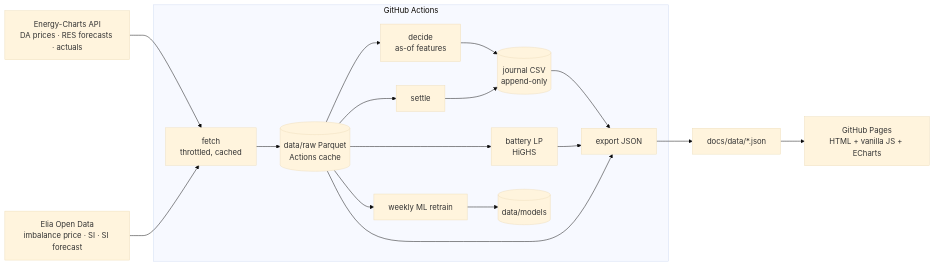
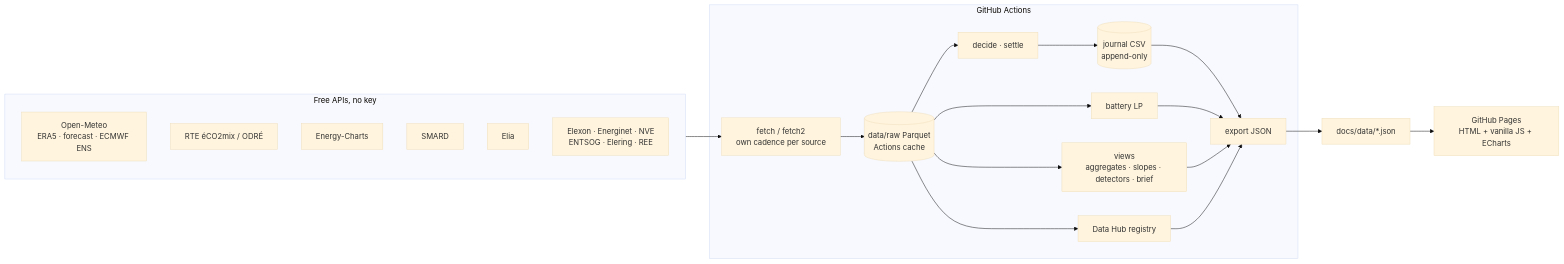
Before and after one commit to ThomasPiton/Intraday-Power: the diagram in README.md, drawn with Mermaid (base theme). The commit also changed other lines of this file and 30 other files, not shown here.

````diff
--- a/README.md
+++ b/README.md
@@ -18,14 +26,21 @@
 ```mermaid
 flowchart LR
-  EC[Energy-Charts API<br/>DA prices · RES forecasts · actuals] --> F
-  EL[Elia Open Data<br/>imbalance price · SI · SI forecast] --> F
+  subgraph SRC[Free APIs, no key]
+    OM[Open-Meteo<br/>ERA5 · forecast · ECMWF ENS]
+    RTE[RTE éCO2mix / ODRÉ]
+    EC[Energy-Charts]
+    SM[SMARD]
+    EL[Elia]
+    OT[Elexon · Energinet · NVE<br/>ENTSOG · Elering · REE]
+  end
+  SRC --> F
   subgraph GA[GitHub Actions]
-    F[fetch<br/>throttled, cached] --> R[(data/raw Parquet<br/>Actions cache)]
-    R --> D[decide<br/>as-of features] --> J[(journal CSV<br/>append-only)]
-    R --> S[settle] --> J
-    R --> B[battery LP<br/>HiGHS]
-    R --> T[weekly ML retrain] --> M[(data/models)]
-    J & B & R --> X[export JSON]
+    F[fetch / fetch2<br/>own cadence per source] --> R[(data/raw Parquet<br/>Actions cache)]
+    R --> D[decide · settle] --> J[(journal CSV<br/>append-only)]
+    R --> B[battery LP]
+    R --> V[views<br/>aggregates · slopes · detectors · brief]
+    R --> H[Data Hub registry]
+    J & B & V & H --> X[export JSON]
   end
   X --> P[docs/data/*.json] --> W[GitHub Pages<br/>HTML + vanilla JS + ECharts]
 ```
````
